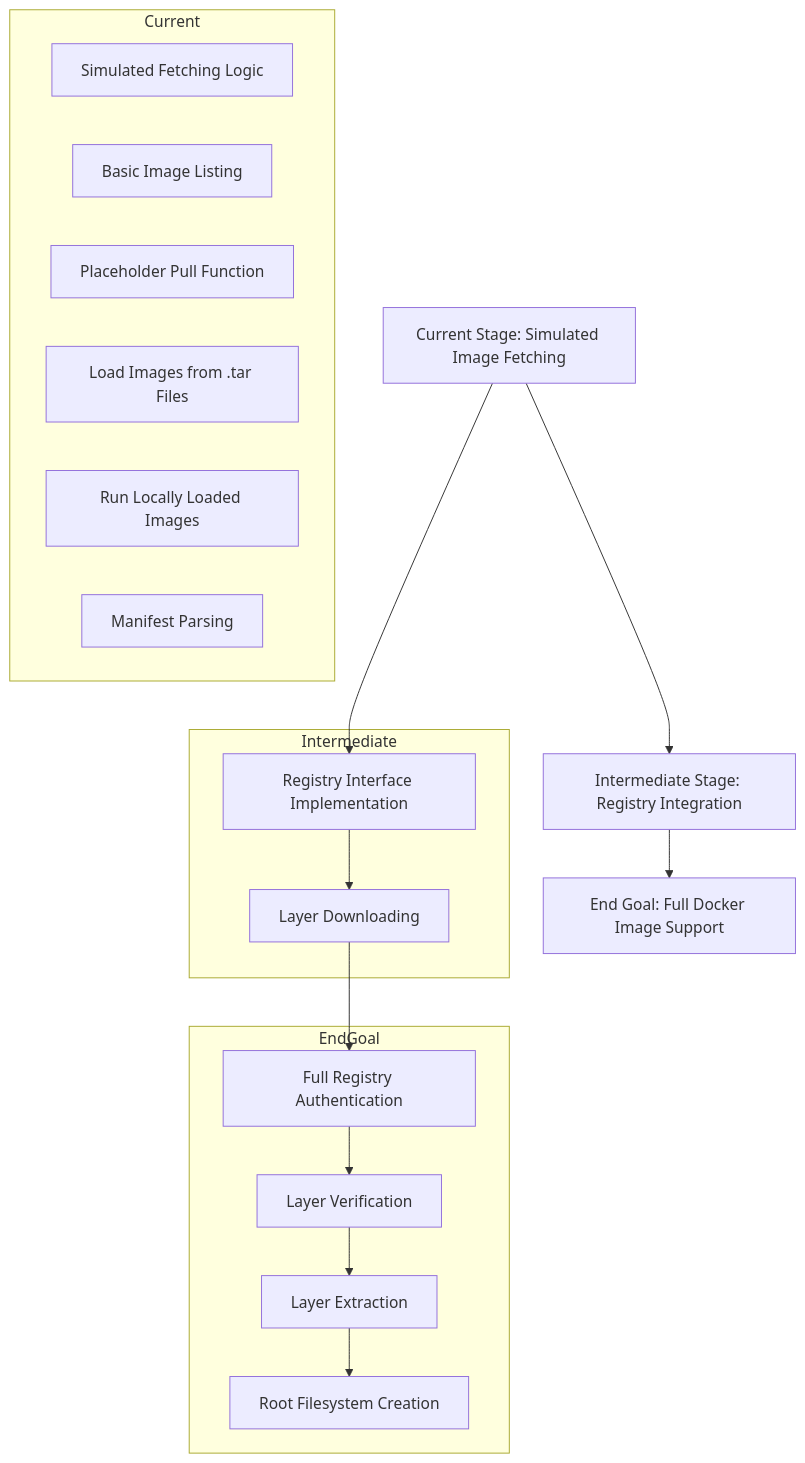
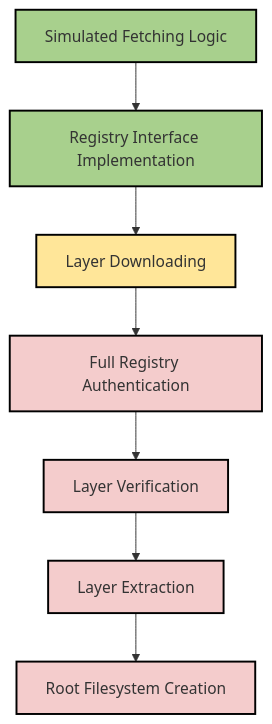
One commit to j143/basic-docker-engine changed the diagram in adr-003-docker-image-download.md. Above: the diagram before and after it, drawn with Mermaid. The commit also changed other lines of this file and 1 other file, not shown here.

Commit message:
verify image pull with authentication to local registry

````diff
--- a/adr-003-docker-image-download.md
+++ b/adr-003-docker-image-download.md
@@ -58,37 +58,14 @@
 ```mermaid
 graph TD
-    A[Current Stage: Simulated Image Fetching] --> B[Intermediate Stage: Registry Integration]
-    B --> C[End Goal: Full Docker Image Support]
+    A[Simulated Fetching Logic]:::implemented --> B[Registry Interface Implementation]:::implemented
+    B --> C[Layer Downloading]:::inprogress
+    C --> D[Full Registry Authentication]:::notstarted
+    D --> E[Layer Verification]:::notstarted
+    E --> F[Layer Extraction]:::notstarted
+    F --> G[Root Filesystem Creation]:::notstarted
 
-    %% Current Stage
-    subgraph Current
-        A1[Simulated Fetching Logic]
-        A2[Basic Image Listing]
-        A3[Placeholder Pull Function]
-        A4[Load Images from .tar Files]
-        A5[Run Locally Loaded Images]
-        A6[Manifest Parsing]
-    end
-
-    %% Intermediate Stage
-    subgraph Intermediate
-        B1[Registry Interface Implementation]
-        B2[Layer Downloading]
-    end
-
-    %% End Goal
-    subgraph EndGoal
-        C1[Full Registry Authentication]
-        C2[Layer Verification]
-        C3[Layer Extraction]
-        C4[Root Filesystem Creation]
-    end
-
-    %% Connections
-    A --> B1
-    B1 --> B2
-    B2 --> C1
-    C1 --> C2
-    C2 --> C3
-    C3 --> C4
+    %% Styles
+    classDef implemented fill:#a8d08d,stroke:#000,stroke-width:2px;
+    classDef inprogress fill:#ffe699,stroke:#000,stroke-width:2px;
+    classDef notstarted fill:#f4cccc,stroke:#000,stroke-width:2px;
 ```
````
